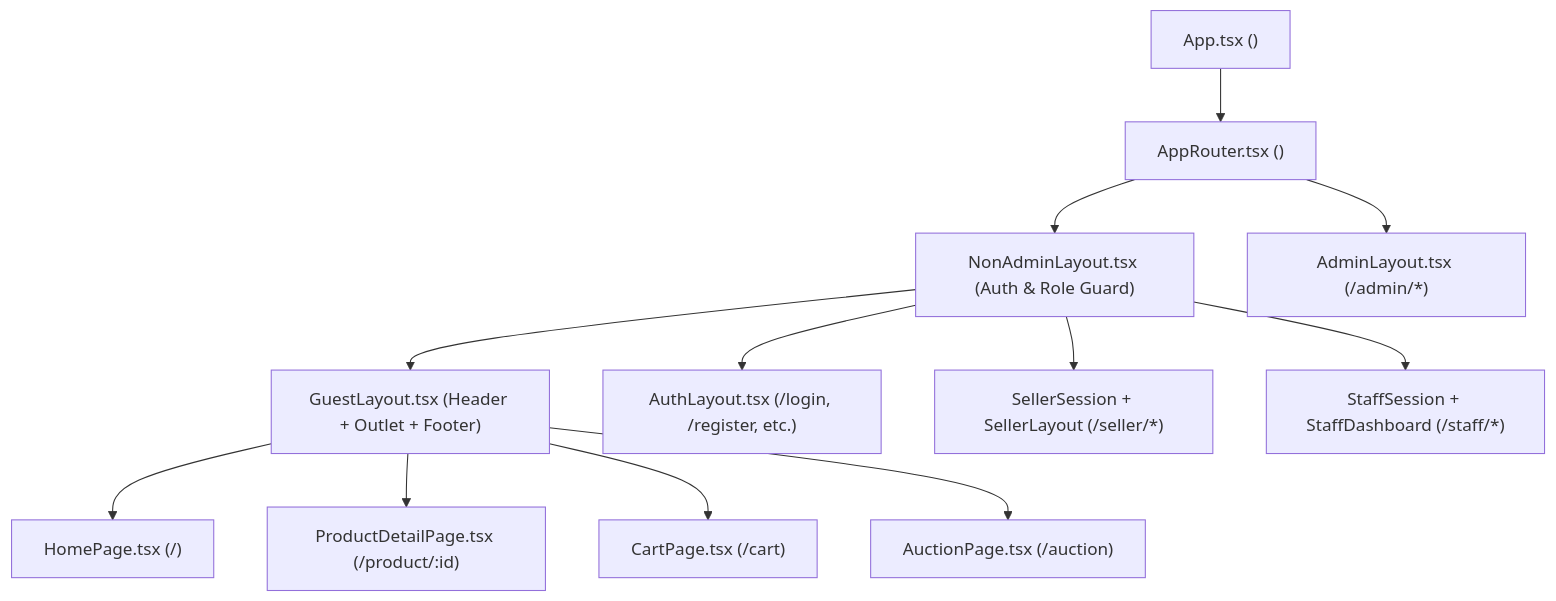
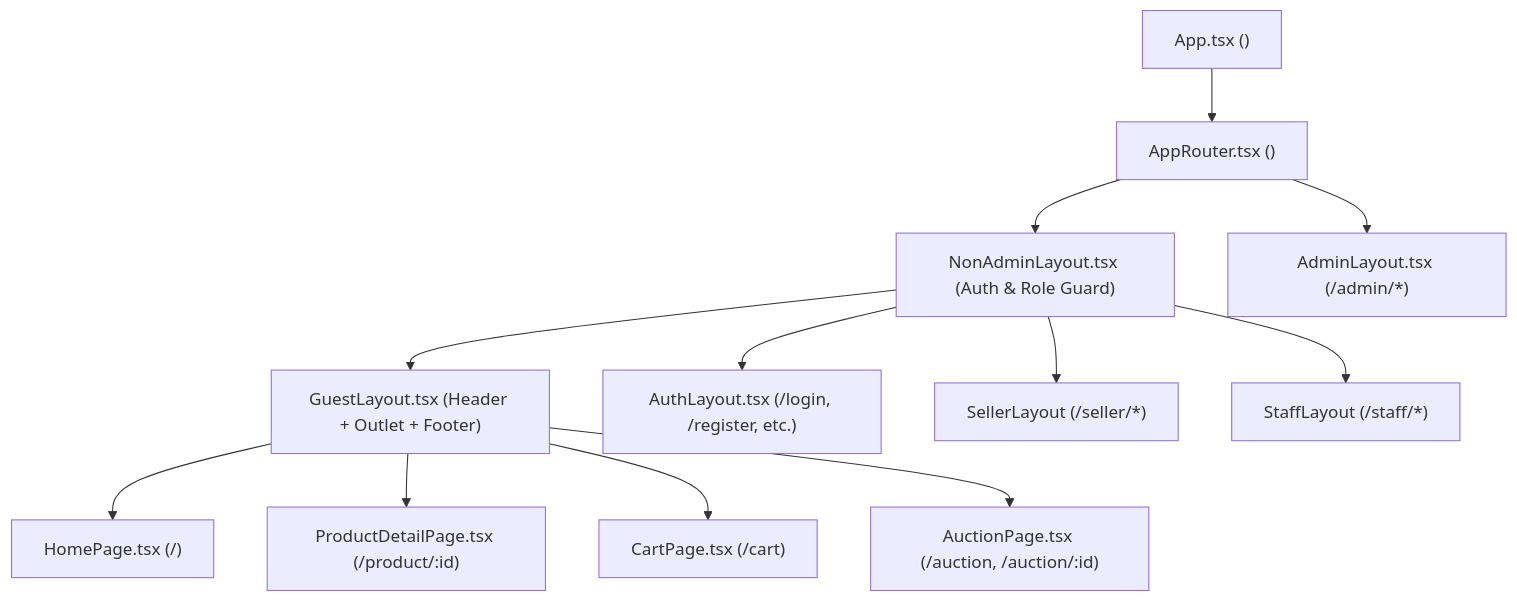
Before and after one commit to MinhPhuc00ne/project-nexus: the diagram in docs/frontend/UI_SPECIFICATION.md, drawn with Mermaid. The commit also changed other lines of this file and 13 other files, not shown here.

````diff
--- a/docs/frontend/UI_SPECIFICATION.md
+++ b/docs/frontend/UI_SPECIFICATION.md
@@ -31,17 +27,17 @@
 ```mermaid
 flowchart TD
     App["App.tsx (<AuthProvider>)"] --> AppRouter["AppRouter.tsx (<BrowserRouter>)"]
 
     AppRouter --> NonAdminLayout["NonAdminLayout.tsx (Auth & Role Guard)"]
     AppRouter --> AdminLayout["AdminLayout.tsx (/admin/*)"]
 
     NonAdminLayout --> GuestLayout["GuestLayout.tsx (Header + Outlet + Footer)"]
     NonAdminLayout --> AuthLayout["AuthLayout.tsx (/login, /register, etc.)"]
-    NonAdminLayout --> SellerSession["SellerSession + SellerLayout (/seller/*)"]
-    NonAdminLayout --> StaffSession["StaffSession + StaffDashboard (/staff/*)"]
+    NonAdminLayout --> SellerSession["SellerLayout (/seller/*)"]
+    NonAdminLayout --> StaffSession["StaffLayout (/staff/*)"]
 
     GuestLayout --> HomePage["HomePage.tsx (/)"]
     GuestLayout --> ProductDetailPage["ProductDetailPage.tsx (/product/:id)"]
     GuestLayout --> CartPage["CartPage.tsx (/cart)"]
-    GuestLayout --> AuctionPage["AuctionPage.tsx (/auction)"]
+    GuestLayout --> AuctionPage["AuctionPage.tsx (/auction, /auction/:id)"]
 ```
````
